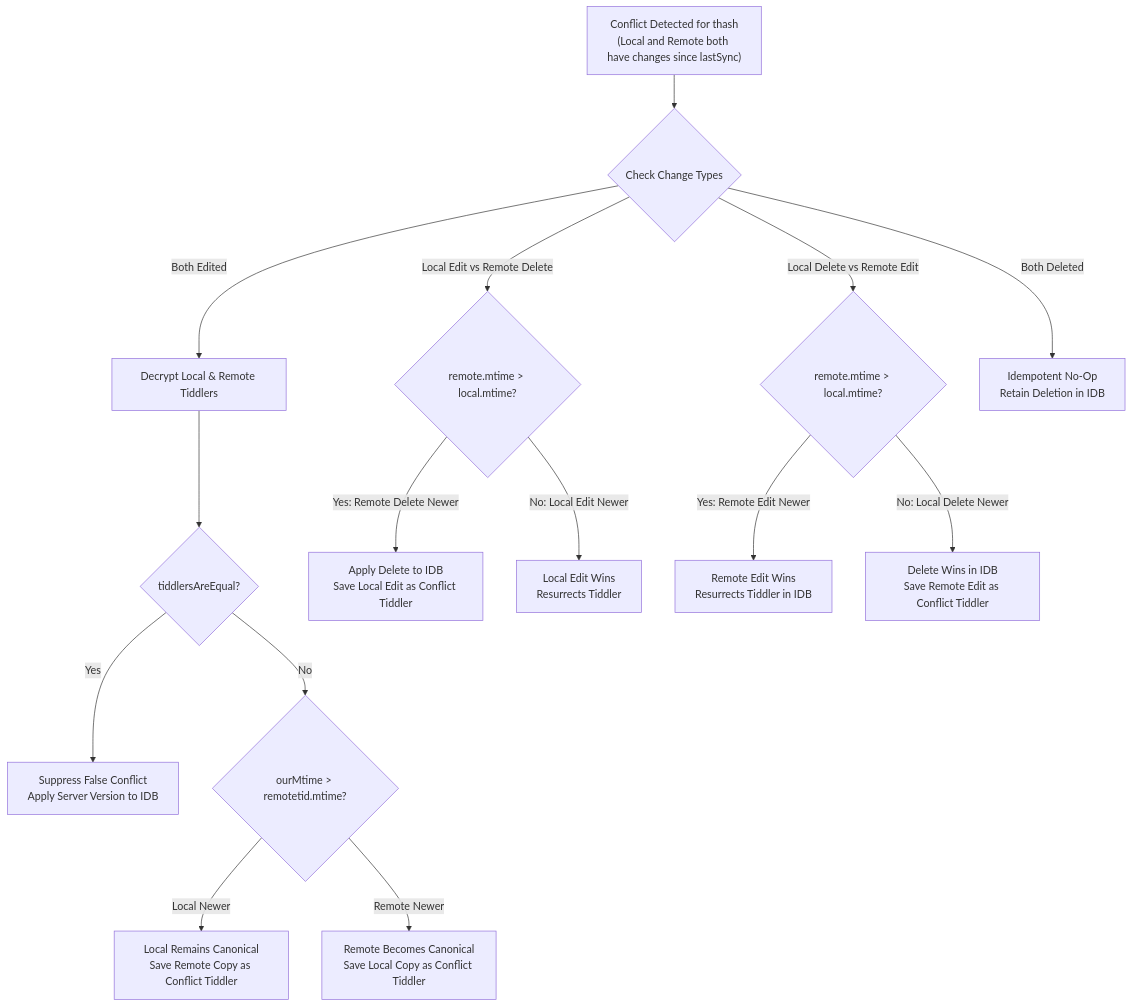
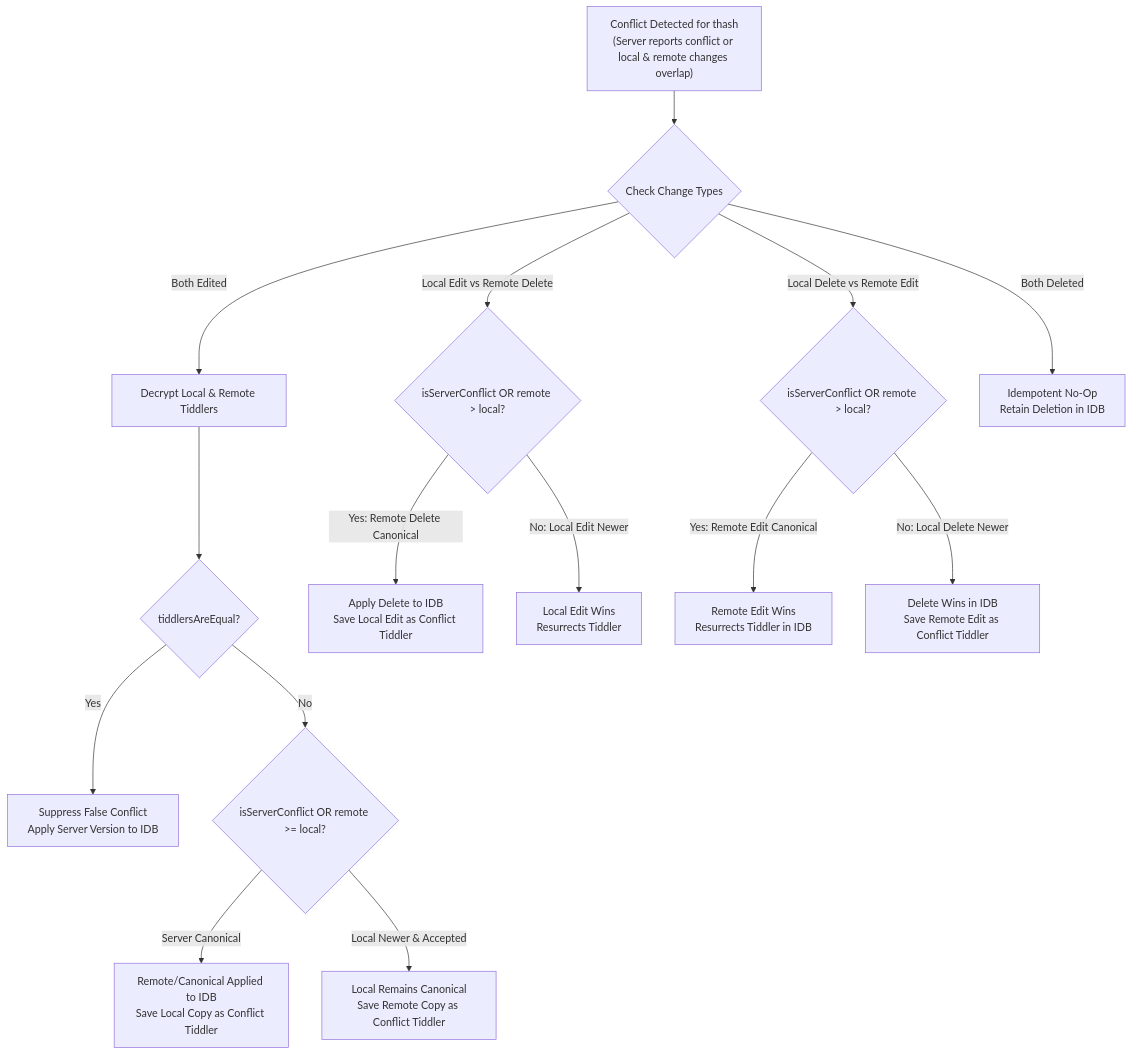
The diagram in docs/architecture/conflict-resolution.md (mblackman/tiddlypwa), drawn with Mermaid before and after one commit. The commit also changed other lines of this file and 13 other files, not shown here.

````diff
--- a/docs/architecture/conflict-resolution.md
+++ b/docs/architecture/conflict-resolution.md
@@ -20,23 +20,23 @@
 ```mermaid
 flowchart TD
-    ConflictDetected["Conflict Detected for thash\n(Local and Remote both have changes since lastSync)"]
+    ConflictDetected["Conflict Detected for thash\n(Server reports conflict or local & remote changes overlap)"]
 
     ConflictDetected --> MatrixCheck{Check Change Types}
 
     MatrixCheck -->|Both Edited| DecryptBoth[Decrypt Local & Remote Tiddlers]
     DecryptBoth --> EqCheck{tiddlersAreEqual?}
     EqCheck -->|Yes| Suppress[Suppress False Conflict\nApply Server Version to IDB]
-    EqCheck -->|No| CompareTimes{ourMtime > remotetid.mtime?}
-    CompareTimes -->|Local Newer| LocalWins[Local Remains Canonical\nSave Remote Copy as Conflict Tiddler]
-    CompareTimes -->|Remote Newer| RemoteWins[Remote Becomes Canonical\nSave Local Copy as Conflict Tiddler]
+    EqCheck -->|No| CompareTimes{isServerConflict OR remote >= local?}
+    CompareTimes -->|Server Canonical| RemoteWins[Remote/Canonical Applied to IDB\nSave Local Copy as Conflict Tiddler]
+    CompareTimes -->|Local Newer & Accepted| LocalWins[Local Remains Canonical\nSave Remote Copy as Conflict Tiddler]
 
-    MatrixCheck -->|Local Edit vs Remote Delete| LEditRDel{remote.mtime > local.mtime?}
-    LEditRDel -->|Yes: Remote Delete Newer| DelWins1[Apply Delete to IDB\nSave Local Edit as Conflict Tiddler]
+    MatrixCheck -->|Local Edit vs Remote Delete| LEditRDel{isServerConflict OR remote > local?}
+    LEditRDel -->|Yes: Remote Delete Canonical| DelWins1[Apply Delete to IDB\nSave Local Edit as Conflict Tiddler]
     LEditRDel -->|No: Local Edit Newer| LocalResurrect[Local Edit Wins\nResurrects Tiddler]
 
-    MatrixCheck -->|Local Delete vs Remote Edit| LDelREdit{remote.mtime > local.mtime?}
-    LDelREdit -->|Yes: Remote Edit Newer| RemoteResurrect[Remote Edit Wins\nResurrects Tiddler in IDB]
+    MatrixCheck -->|Local Delete vs Remote Edit| LDelREdit{isServerConflict OR remote > local?}
+    LDelREdit -->|Yes: Remote Edit Canonical| RemoteResurrect[Remote Edit Wins\nResurrects Tiddler in IDB]
     LDelREdit -->|No: Local Delete Newer| DelWins2[Delete Wins in IDB\nSave Remote Edit as Conflict Tiddler]
 
     MatrixCheck -->|Both Deleted| BothDel[Idempotent No-Op\nRetain Deletion in IDB]
 ```
````
